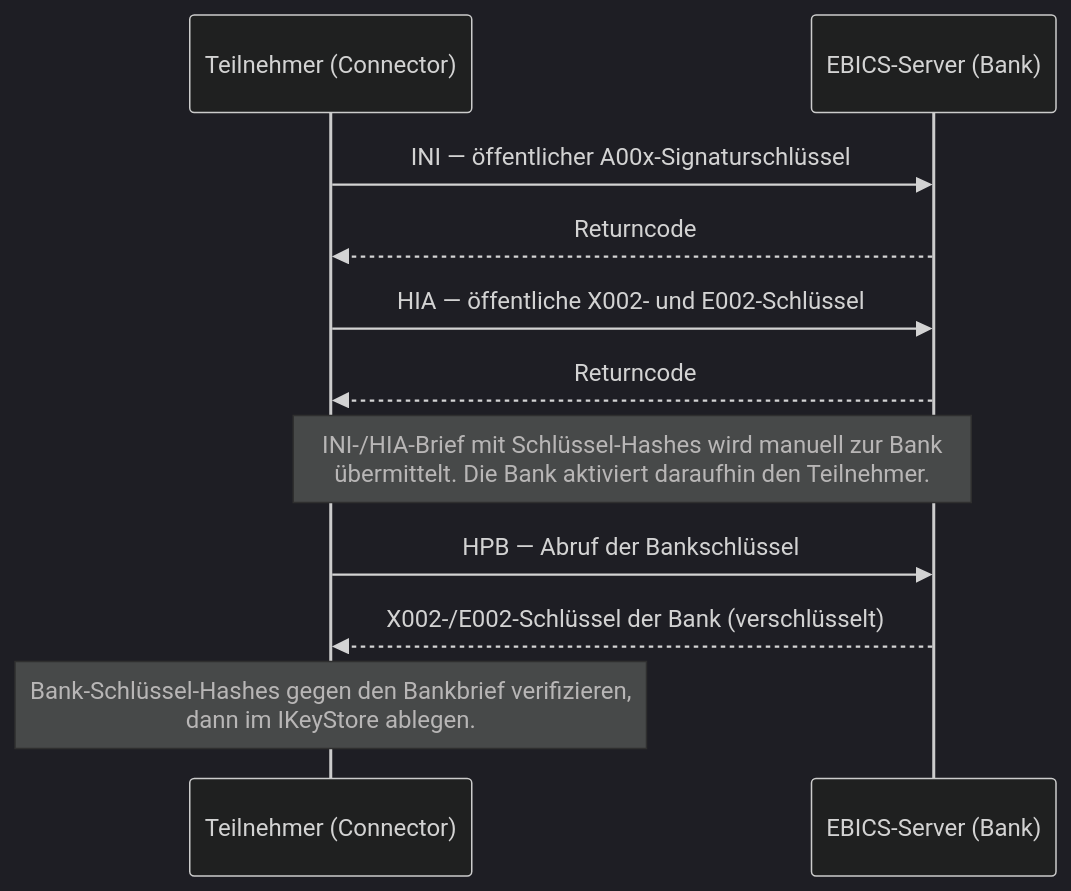
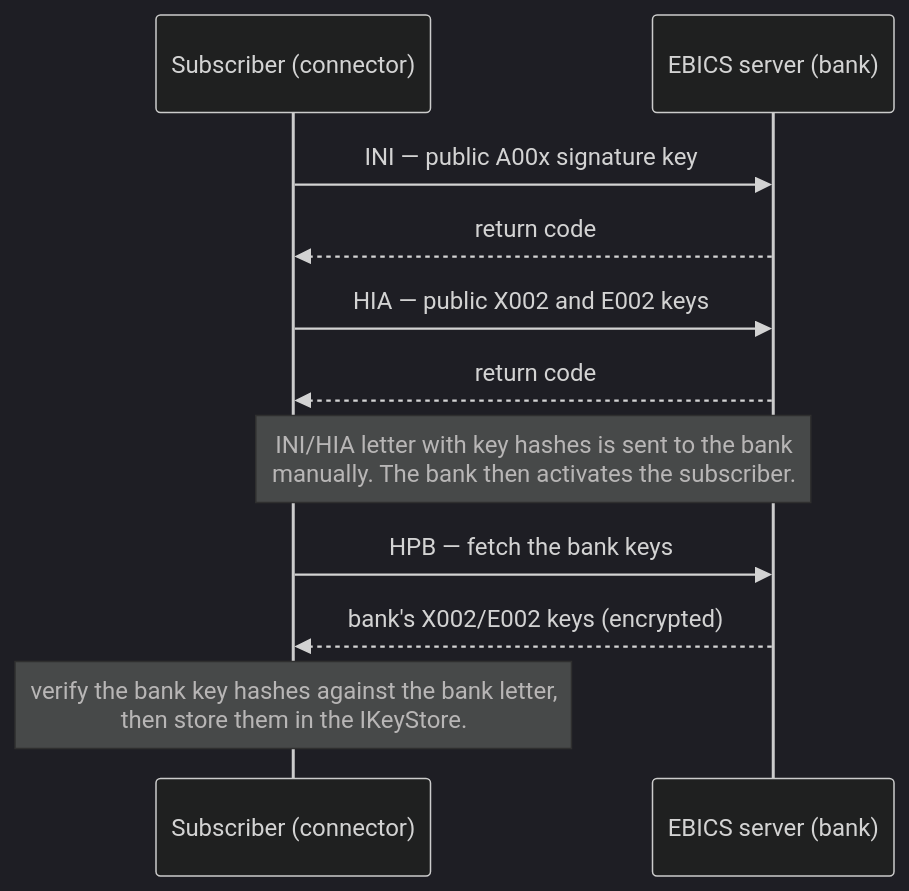
One commit to dominikz98/ebico changed the third of 5 diagrams in docs/connector/architecture.md. Above: the diagram before and after it, drawn with Mermaid (dark theme). The commit also changed other lines of this file and 59 other files, not shown here.

````diff
--- a/docs/connector/architecture.md
+++ b/docs/connector/architecture.md
@@ -141,13 +141,13 @@
 ```mermaid
 sequenceDiagram
-    participant C as Teilnehmer (Connector)
-    participant S as EBICS-Server (Bank)
-    C->>S: INI — öffentlicher A00x-Signaturschlüssel
-    S-->>C: Returncode
-    C->>S: HIA — öffentliche X002- und E002-Schlüssel
-    S-->>C: Returncode
-    Note over C,S: INI-/HIA-Brief mit Schlüssel-Hashes wird manuell zur Bank<br/>übermittelt. Die Bank aktiviert daraufhin den Teilnehmer.
-    C->>S: HPB — Abruf der Bankschlüssel
-    S-->>C: X002-/E002-Schlüssel der Bank (verschlüsselt)
-    Note over C: Bank-Schlüssel-Hashes gegen den Bankbrief verifizieren,<br/>dann im IKeyStore ablegen.
+    participant C as Subscriber (connector)
+    participant S as EBICS server (bank)
+    C->>S: INI — public A00x signature key
+    S-->>C: return code
+    C->>S: HIA — public X002 and E002 keys
+    S-->>C: return code
+    Note over C,S: INI/HIA letter with key hashes is sent to the bank<br/>manually. The bank then activates the subscriber.
+    C->>S: HPB — fetch the bank keys
+    S-->>C: bank's X002/E002 keys (encrypted)
+    Note over C: verify the bank key hashes against the bank letter,<br/>then store them in the IKeyStore.
 ```
````
